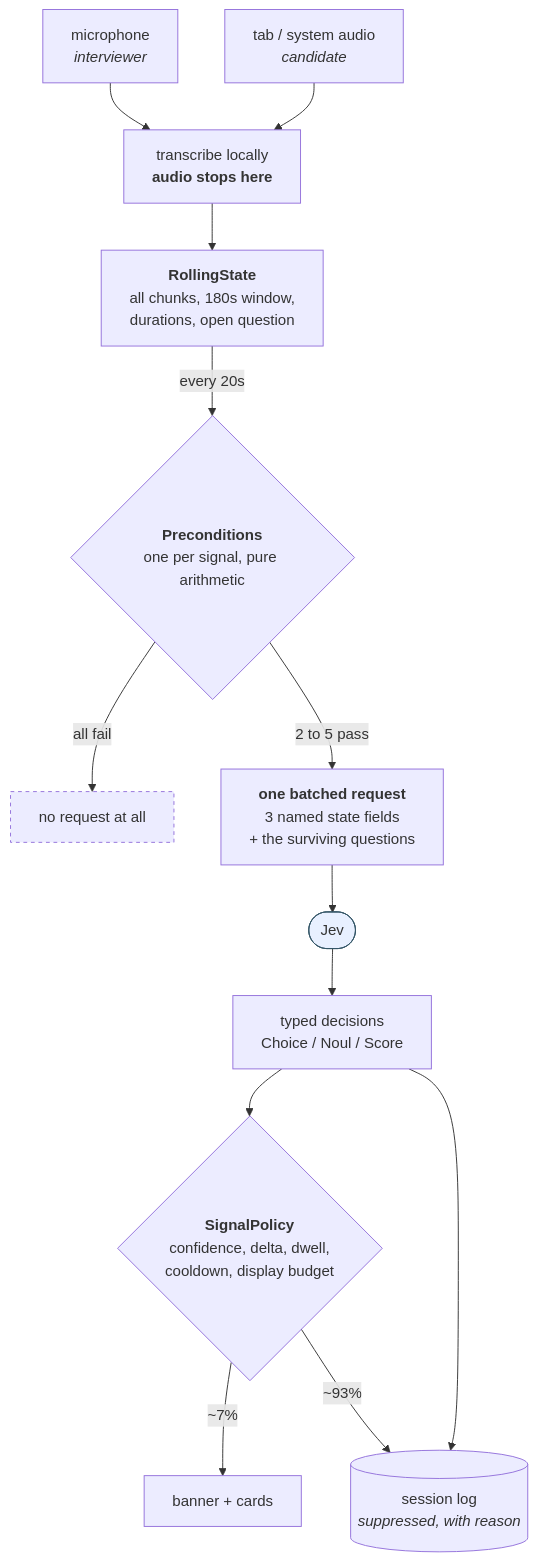
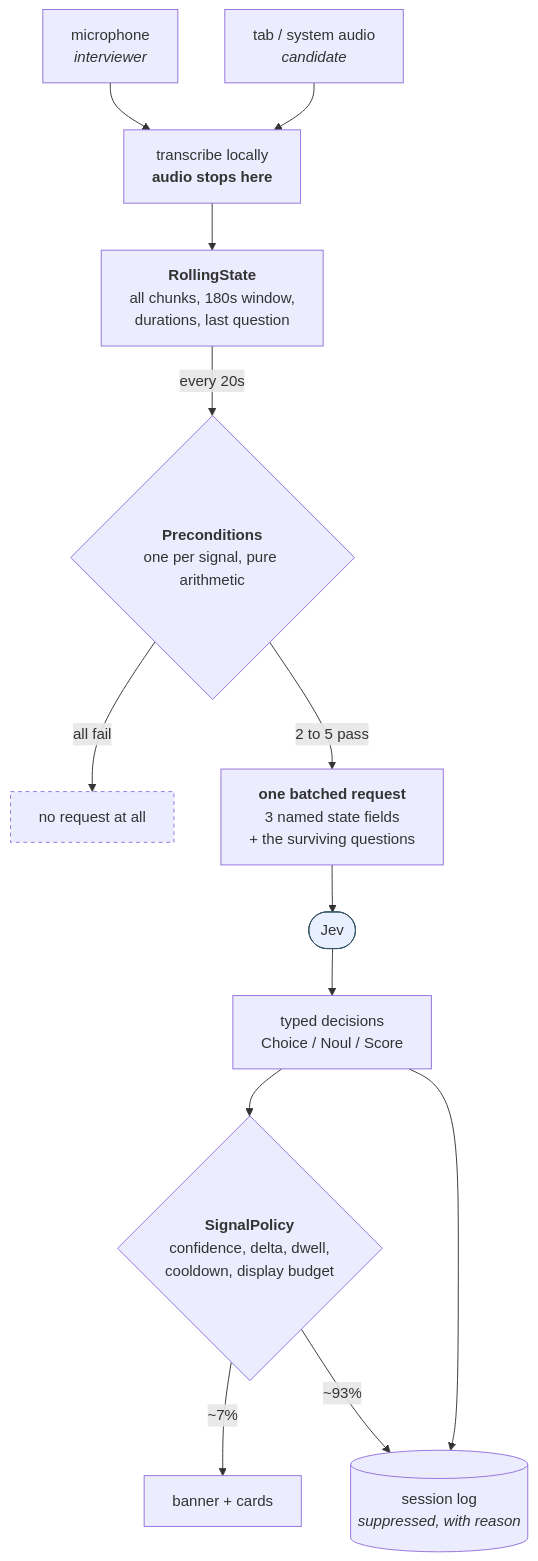
Before and after one commit to ajaffer/mock-interview-signals: the second of 4 diagrams in ARCHITECTURE.md, drawn with Mermaid. The commit also changed other lines of this file, not shown here.

First line of the commit message:
Fix a headerless table and align diagram wording

````diff
--- a/ARCHITECTURE.md
+++ b/ARCHITECTURE.md
@@ -46,25 +46,25 @@
 ```mermaid
 flowchart TD
     MIC["microphone<br/><i>interviewer</i>"] --> TR
     TAB["tab / system audio<br/><i>candidate</i>"] --> TR
     TR["transcribe locally<br/><b>audio stops here</b>"] --> RS
 
-    RS["<b>RollingState</b><br/>all chunks, 180s window,<br/>durations, open question"]
+    RS["<b>RollingState</b><br/>all chunks, 180s window,<br/>durations, last question"]
     RS -->|every 20s| PRE
 
     PRE{"<b>Preconditions</b><br/>one per signal, pure arithmetic"}
     PRE -->|"all fail"| NONE["no request at all"]
     PRE -->|"2 to 5 pass"| REQ
 
     REQ["<b>one batched request</b><br/>3 named state fields<br/>+ the surviving questions"] --> JEV(["Jev"])
     JEV --> DEC["typed decisions<br/>Choice / Noul / Score"]
     DEC --> POL
 
     POL{"<b>SignalPolicy</b><br/>confidence, delta, dwell,<br/>cooldown, display budget"}
     POL -->|"~7%"| UI["banner + cards"]
     POL -->|"~93%"| LOG[("session log<br/><i>suppressed, with reason</i>")]
     DEC --> LOG
 
     style JEV fill:#e8f0ff,stroke:#356
     style NONE stroke-dasharray: 4 4
 ```
````
